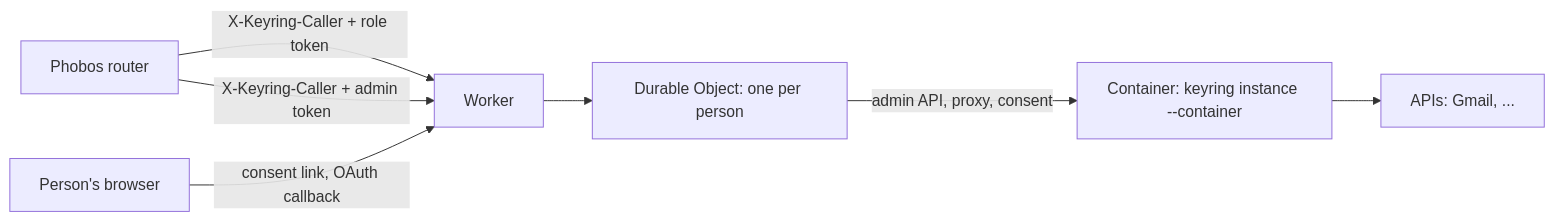
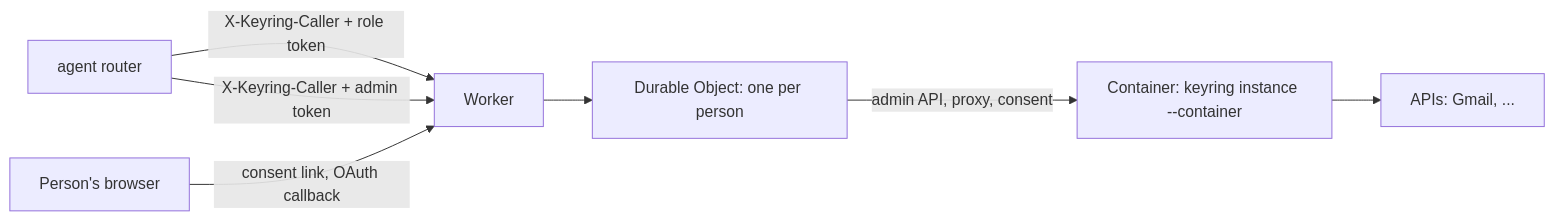
One commit to gitmoot/keyring changed the diagram in deploy/cloudflare/README.md. Above: the diagram before and after it, drawn with Mermaid. The commit also changed other lines of this file and 17 other files, not shown here.

````diff
--- a/deploy/cloudflare/README.md
+++ b/deploy/cloudflare/README.md
@@ -5,9 +5,9 @@
 ```mermaid
 flowchart LR
-  R[Phobos router] -- "X-Keyring-Caller + role token" --> W[Worker]
+  R[agent router] -- "X-Keyring-Caller + role token" --> W[Worker]
   R -- "X-Keyring-Caller + admin token" --> W
   P[Person's browser] -- "consent link, OAuth callback" --> W
   W --> D[Durable Object: one per person]
   D -- "admin API, proxy, consent" --> C[Container: keyring instance --container]
   C --> A[APIs: Gmail, ...]
 ```
````
